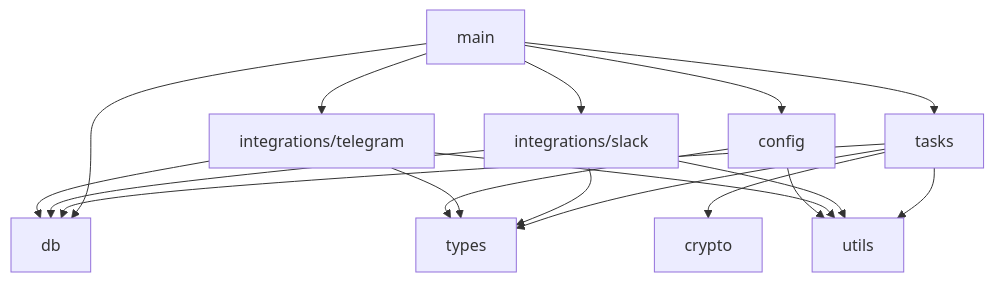
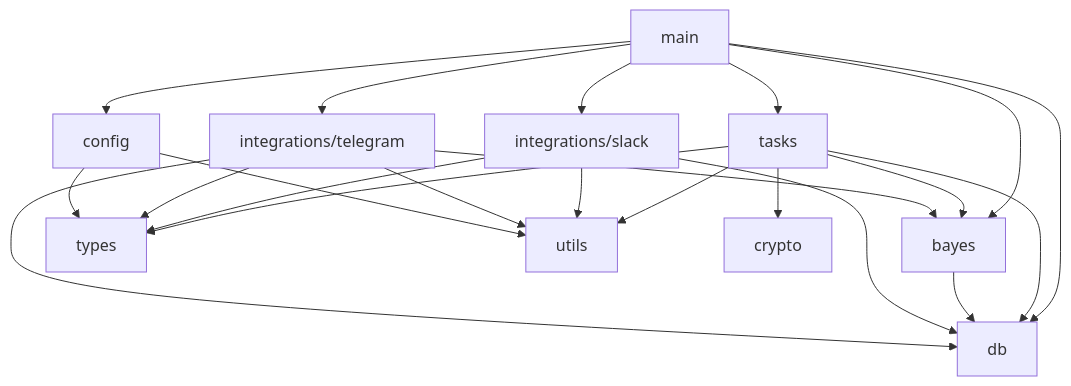
One commit to antfie/FoxBot changed the seventh of 7 diagrams in docs/architecture.md. Above: the diagram before and after it, drawn with Mermaid. The commit also changed other lines of this file and 15 other files, not shown here.

````diff
--- a/docs/architecture.md
+++ b/docs/architecture.md
@@ -153,20 +161,24 @@
 ```mermaid
 graph TD
     main --> config
     main --> db
+    main --> bayes
     main --> tasks
     main --> integrations/slack
     main --> integrations/telegram
     tasks --> db
+    tasks --> bayes
     tasks --> types
     tasks --> utils
     tasks --> crypto
+    bayes --> db
     integrations/slack --> db
     integrations/slack --> types
     integrations/slack --> utils
     integrations/telegram --> db
+    integrations/telegram --> bayes
     integrations/telegram --> types
     integrations/telegram --> utils
     config --> types
     config --> utils
 ```
````
